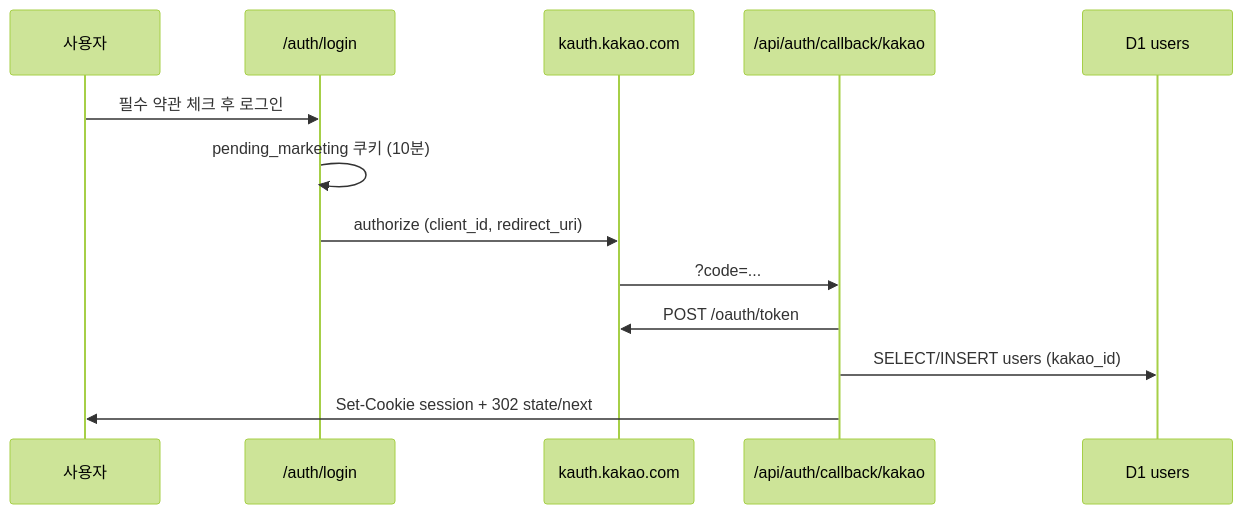
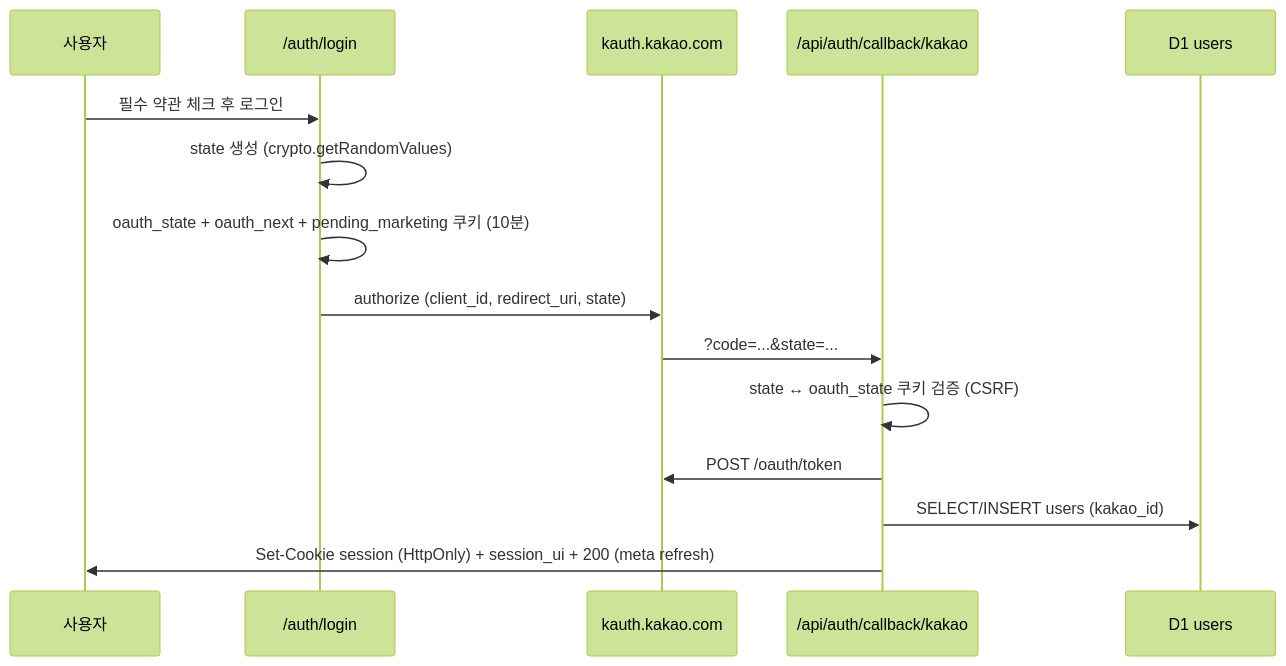
Before and after one commit to hugh79757-cmyk/money-aikorea24: the second of 2 diagrams in docs/TECHNICAL.md, drawn with Mermaid (forest theme). The commit also changed other lines of this file and 2769 other files, not shown here.

````diff
--- a/docs/TECHNICAL.md
+++ b/docs/TECHNICAL.md
@@ -264,16 +265,18 @@
 ```mermaid
 sequenceDiagram
   participant U as 사용자
   participant L as /auth/login
   participant K as kauth.kakao.com
   participant C as /api/auth/callback/kakao
   participant D as D1 users
 
   U->>L: 필수 약관 체크 후 로그인
-  L->>L: pending_marketing 쿠키 (10분)
-  L->>K: authorize (client_id, redirect_uri)
-  K->>C: ?code=...
+  L->>L: state 생성 (crypto.getRandomValues)
+  L->>L: oauth_state + oauth_next + pending_marketing 쿠키 (10분)
+  L->>K: authorize (client_id, redirect_uri, state)
+  K->>C: ?code=...&state=...
+  C->>C: state ↔ oauth_state 쿠키 검증 (CSRF)
   C->>K: POST /oauth/token
   C->>D: SELECT/INSERT users (kakao_id)
-  C->>U: Set-Cookie session + 302 state/next
+  C->>U: Set-Cookie session (HttpOnly) + session_ui + 200 (meta refresh)
 ```
````
